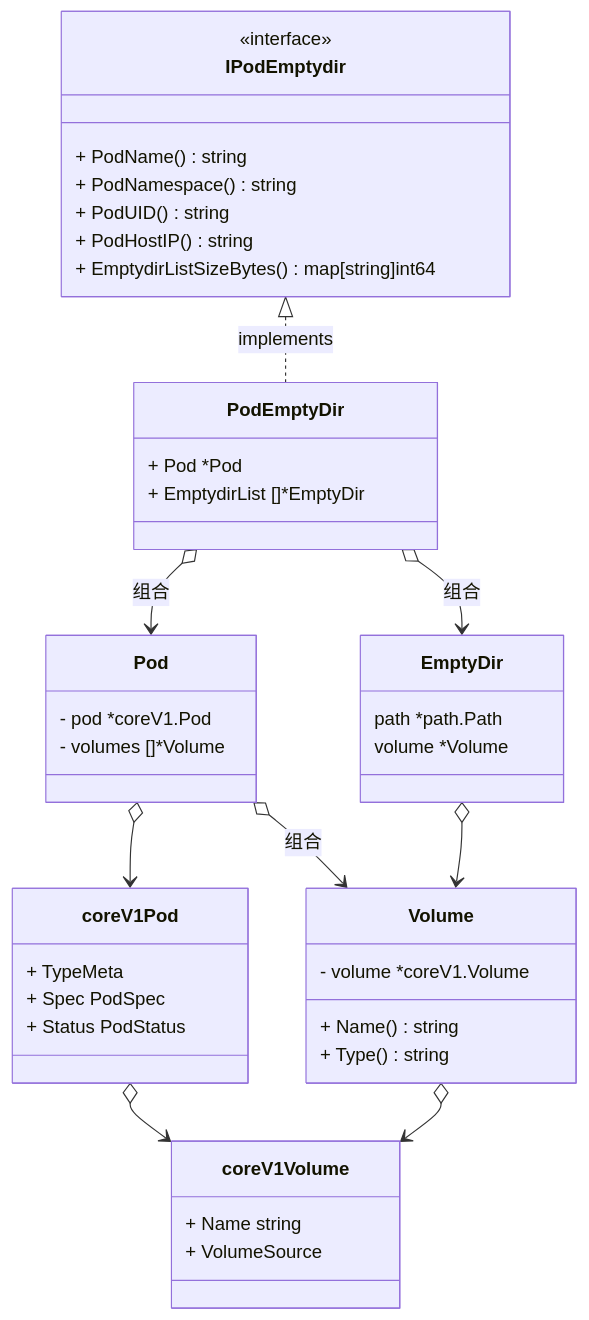
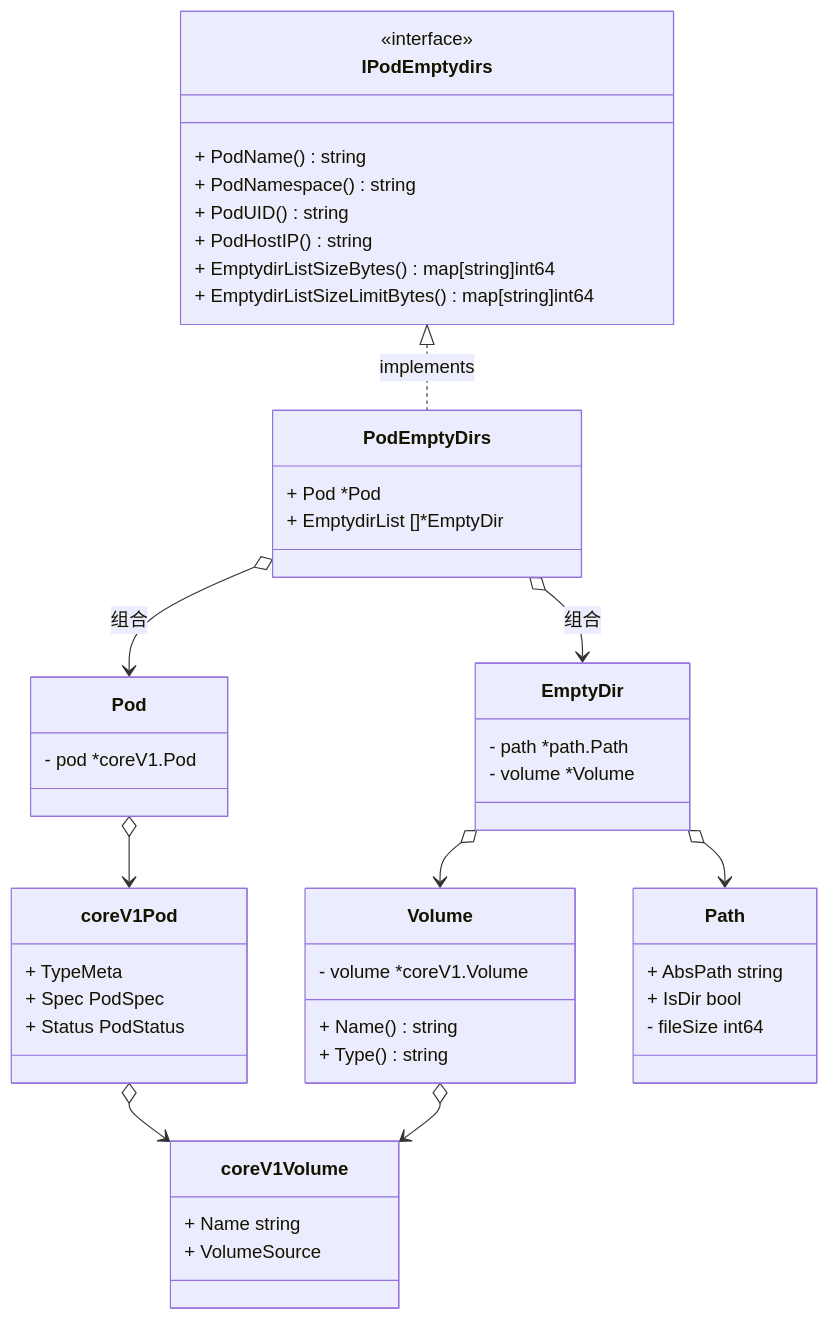
One commit to sq325/k8sExporters changed the diagram in README.md. Above: the diagram before and after it, drawn with Mermaid. The commit also changed 5 other files, not shown here.

````diff
--- a/README.md
+++ b/README.md
@@ -30,48 +30,54 @@
 ```mermaid
+
 classDiagram
   class EmptyDir {
-    path   *path.Path
-	  volume *Volume
+    - path   *path.Path
+	  - volume *Volume
   }
-  class IPodEmptydir {
+  class IPodEmptydirs {
     <<interface>>
     + PodName() string
     + PodNamespace() string
     + PodUID() string
     + PodHostIP() string
     + EmptydirListSizeBytes() map[string]int64
+    + EmptydirListSizeLimitBytes() map[string]int64
   }
-  class PodEmptyDir {
+  class PodEmptyDirs {
 	  + Pod          *Pod
 	  + EmptydirList []*EmptyDir
   }
   class Pod {
     - pod           *coreV1.Pod
-    - volumes       []*Volume
   }
 
   class Volume  {
     - volume *coreV1.Volume
     + Name() string
     + Type() string
   }
   class coreV1Pod {
     + TypeMeta 
 	  + Spec PodSpec 
   	+ Status PodStatus 
   }
 
   class coreV1Volume {
     + Name string
     + VolumeSource
   }
+  class Path {
+    + AbsPath  string
+    + IsDir    bool
+    - fileSize int64
+  }
   
+  EmptyDir o--> Path
   EmptyDir o--> Volume
   coreV1Pod o--> coreV1Volume
   Volume o--> coreV1Volume
   Pod o--> coreV1Pod
-  PodEmptyDir o--> Pod: 组合
-  Pod o--> Volume: 组合
-  IPodEmptydir <|.. PodEmptyDir: implements
-  PodEmptyDir o--> EmptyDir: 组合
+  PodEmptyDirs o--> Pod: 组合
+  IPodEmptydirs <|.. PodEmptyDirs: implements
+  PodEmptyDirs o--> EmptyDir: 组合
 ```
````
